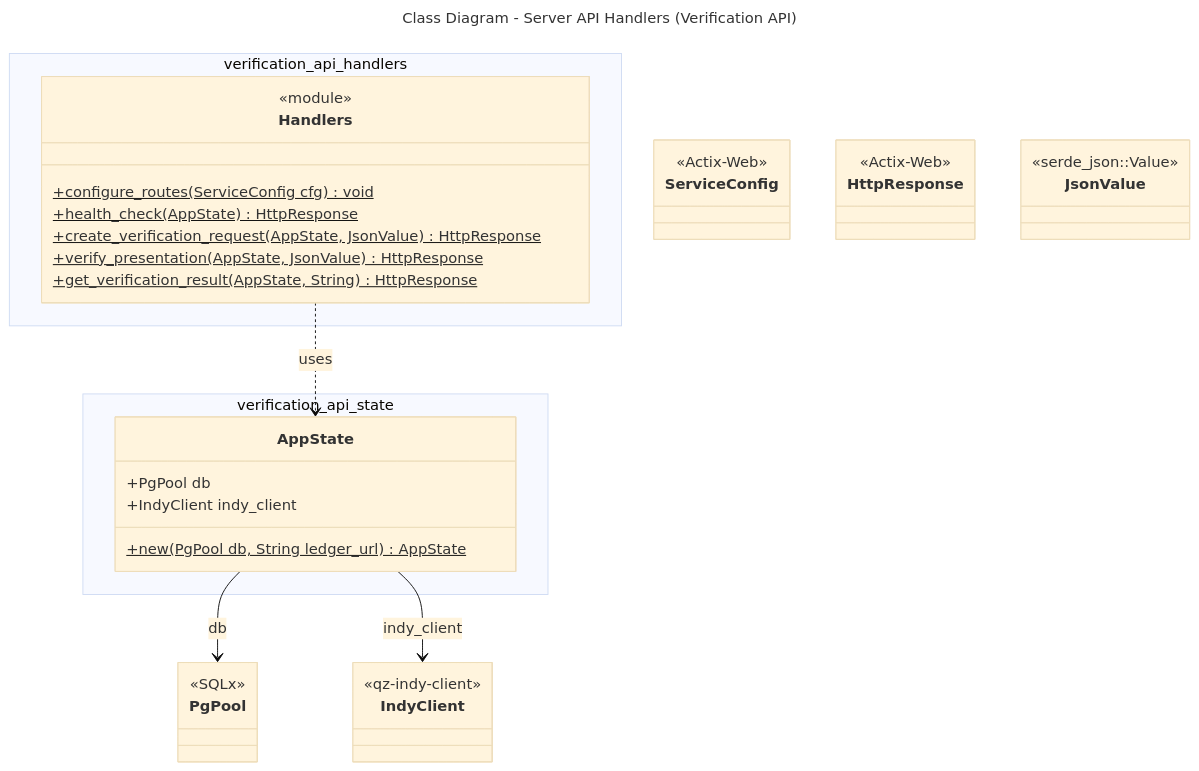
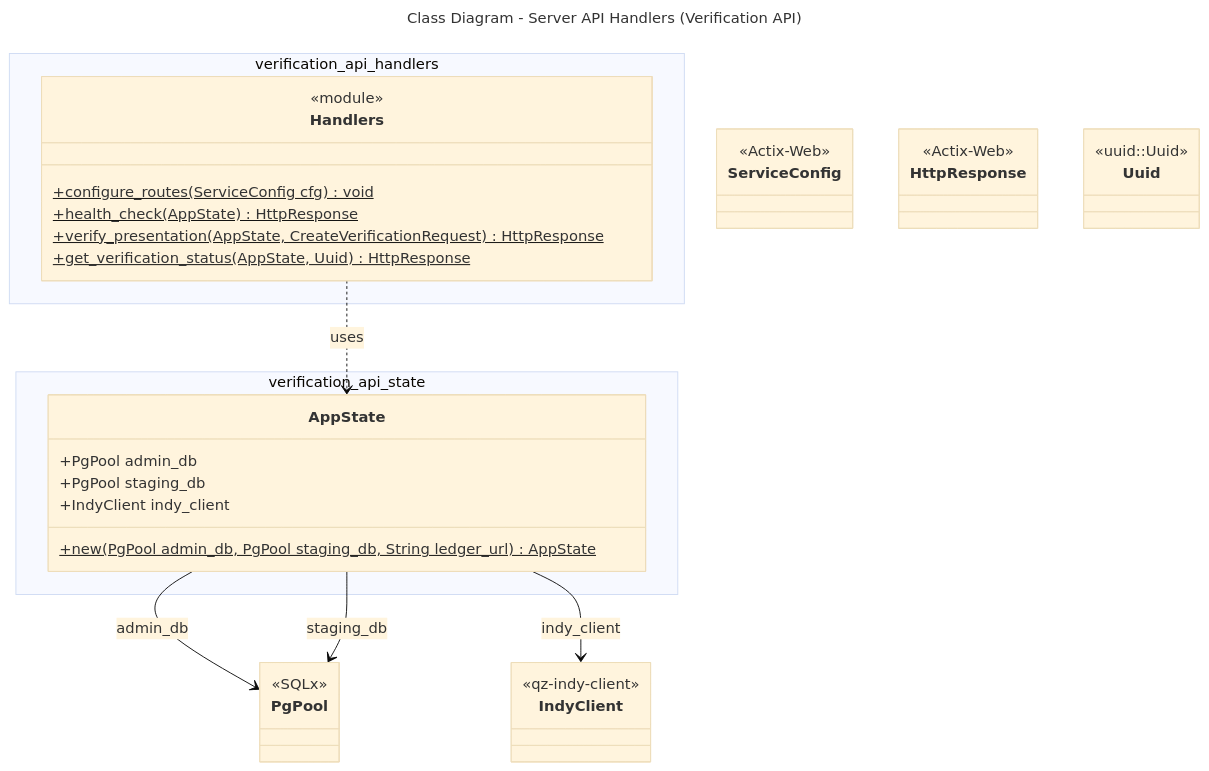
Before and after one commit to CHATEAUFORGE-LLC/QuantumZero: the diagram in diagrams/class-server-verification-handlers.mmd, drawn with Mermaid. The commit also changed other lines of this file and 21 other files, not shown here.

```diff
--- a/diagrams/class-server-verification-handlers.mmd
+++ b/diagrams/class-server-verification-handlers.mmd
@@ -1,37 +1,38 @@
 ---
 title: Class Diagram - Server API Handlers (Verification API)
 config:
   theme: base
 ---
 %% QuantumZero UML palette note: actors/external=#fff7e6/#b45309, system/component=#e0f2fe/#075985, datastore=#ecfccb/#4d7c0f, notes=#fff9c4/#d97706. Aligns diagrams to Deliverable 1 UML/DFD theme.
 %% Service pattern mirrors admin-api (routes + handlers + models + state).
 classDiagram
     namespace verification_api_state {
         class AppState {
-            +PgPool db
+            +PgPool admin_db
+            +PgPool staging_db
             +IndyClient indy_client
-            +new(PgPool db, String ledger_url)$ AppState
+            +new(PgPool admin_db, PgPool staging_db, String ledger_url)$ AppState
         }
     }
 
     namespace verification_api_handlers {
         class Handlers {
             <<module>>
             +configure_routes(ServiceConfig cfg)$ void
             +health_check(AppState)$ HttpResponse
-            +create_verification_request(AppState, JsonValue)$ HttpResponse
-            +verify_presentation(AppState, JsonValue)$ HttpResponse
-            +get_verification_result(AppState, String)$ HttpResponse
+            +verify_presentation(AppState, CreateVerificationRequest)$ HttpResponse
+            +get_verification_status(AppState, Uuid)$ HttpResponse
         }
     }
 
     %% External / shared types
     class PgPool { <<SQLx>> }
     class IndyClient { <<qz-indy-client>> }
     class ServiceConfig { <<Actix-Web>> }
     class HttpResponse { <<Actix-Web>> }
-    class JsonValue { <<serde_json::Value>> }
+    class Uuid { <<uuid::Uuid>> }
 
     Handlers ..> AppState : uses
-    AppState --> PgPool : db
+    AppState --> PgPool : admin_db
+    AppState --> PgPool : staging_db
     AppState --> IndyClient : indy_client
```
